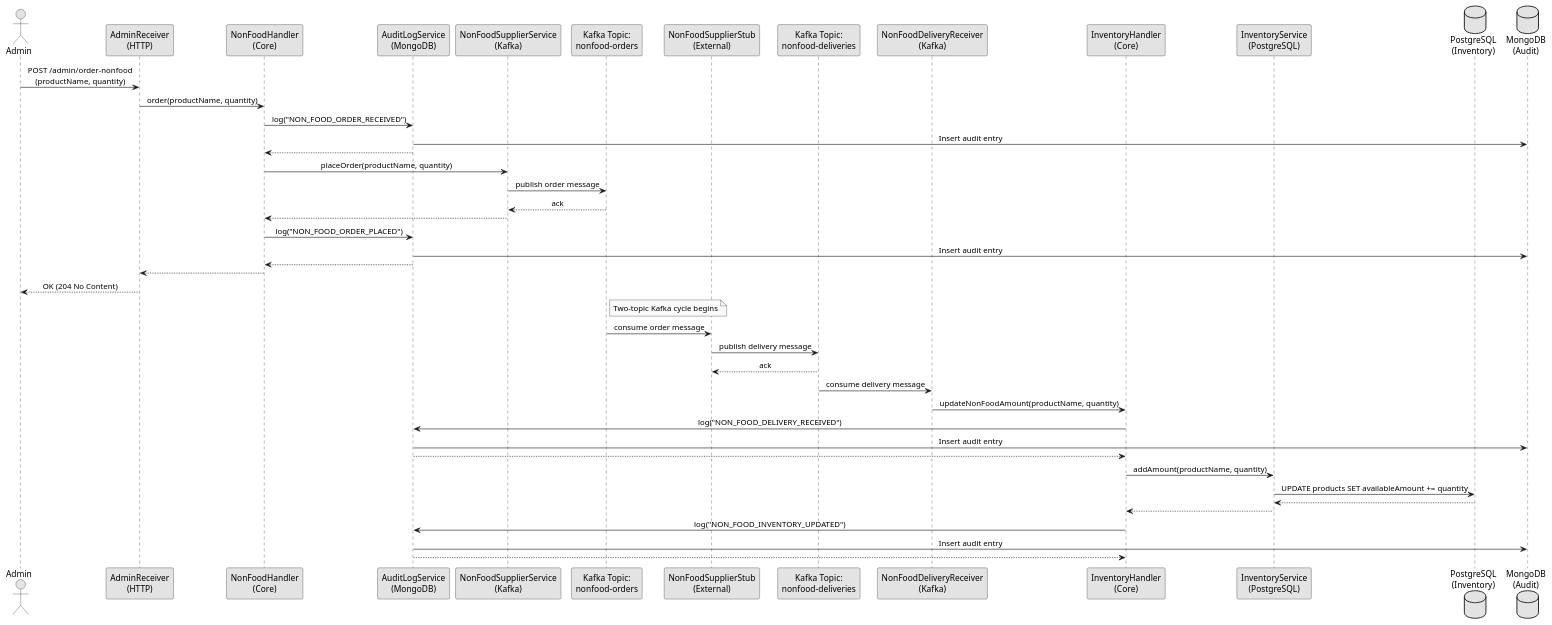
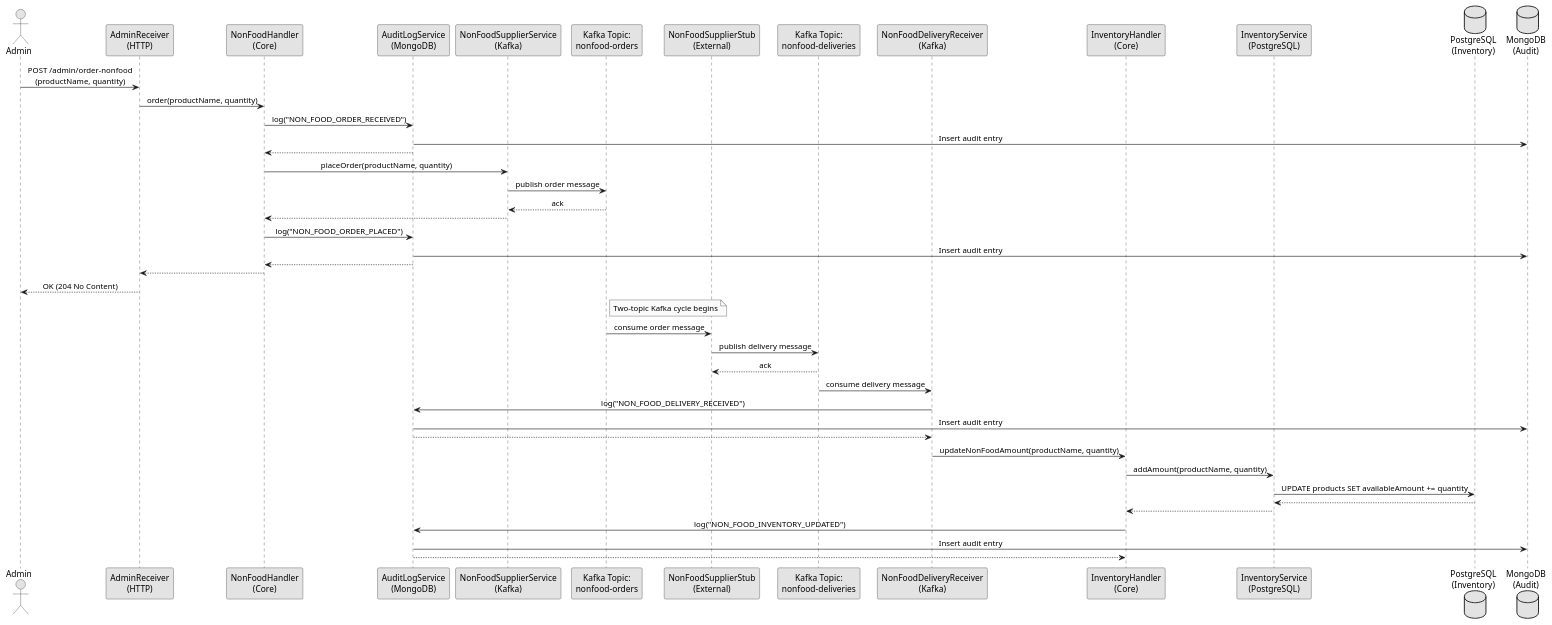
One commit to svene/2026-07-26_quarkus-hexagon-demo-mm-per-tech changed the diagram in docs/architecture/flows/admin-order-nonfood.puml. Above: the diagram before and after it, drawn with PlantUML. The commit also changed 24 other files, not shown here.

```diff
--- a/docs/architecture/flows/admin-order-nonfood.puml
+++ b/docs/architecture/flows/admin-order-nonfood.puml
@@ -1,56 +1,56 @@
 @startuml admin_order_nonfood
 skinparam monochrome true
 skinparam sequenceMessageAlign center
 skinparam backgroundColor #ffffff
 
 actor "Admin" as user
 participant "AdminReceiver\n(HTTP)" as receiver
 participant "NonFoodHandler\n(Core)" as handler
 participant "AuditLogService\n(MongoDB)" as audit
 participant "NonFoodSupplierService\n(Kafka)" as service
 participant "Kafka Topic:\nnonfood-orders" as kafka_order
 participant "NonFoodSupplierStub\n(External)" as stub
 participant "Kafka Topic:\nnonfood-deliveries" as kafka_delivery
 participant "NonFoodDeliveryReceiver\n(Kafka)" as kafka_receiver
 participant "InventoryHandler\n(Core)" as inv_handler
 participant "InventoryService\n(PostgreSQL)" as inventory
 database "PostgreSQL\n(Inventory)" as db_inv
 database "MongoDB\n(Audit)" as db_audit
 
 user -> receiver: POST /admin/order-nonfood\n(productName, quantity)
 receiver -> handler: order(productName, quantity)
 handler -> audit: log("NON_FOOD_ORDER_RECEIVED")
 audit -> db_audit: Insert audit entry
 audit --> handler
 handler -> service: placeOrder(productName, quantity)
 service -> kafka_order: publish order message
 kafka_order --> service: ack
 service --> handler
 handler -> audit: log("NON_FOOD_ORDER_PLACED")
 audit -> db_audit: Insert audit entry
 audit --> handler
 handler --> receiver
 receiver --> user: OK (204 No Content)
 
 note right of kafka_order
   Two-topic Kafka cycle begins
 end note
 
 kafka_order -> stub: consume order message
 stub -> kafka_delivery: publish delivery message
 kafka_delivery --> stub: ack
 
 kafka_delivery -> kafka_receiver: consume delivery message
+kafka_receiver -> audit: log("NON_FOOD_DELIVERY_RECEIVED")
+audit -> db_audit: Insert audit entry
+audit --> kafka_receiver
 kafka_receiver -> inv_handler: updateNonFoodAmount(productName, quantity)
-inv_handler -> audit: log("NON_FOOD_DELIVERY_RECEIVED")
-audit -> db_audit: Insert audit entry
-audit --> inv_handler
 inv_handler -> inventory: addAmount(productName, quantity)
 inventory -> db_inv: UPDATE products SET availableAmount += quantity
 db_inv --> inventory
 inventory --> inv_handler
 inv_handler -> audit: log("NON_FOOD_INVENTORY_UPDATED")
 audit -> db_audit: Insert audit entry
 audit --> inv_handler
 
 @enduml
```
